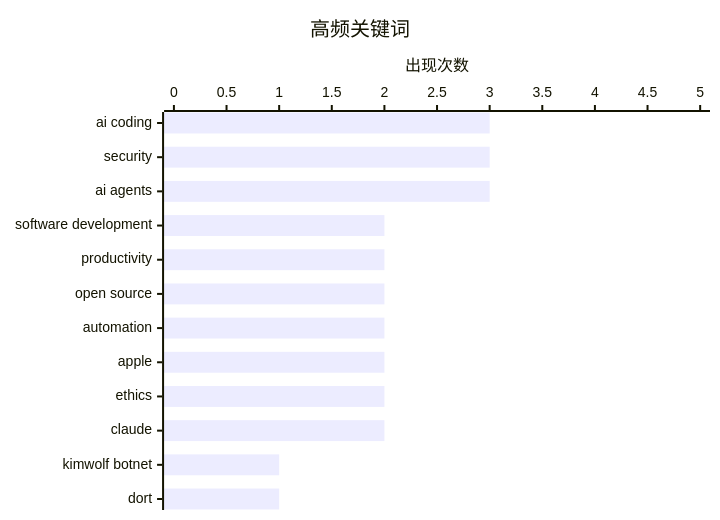
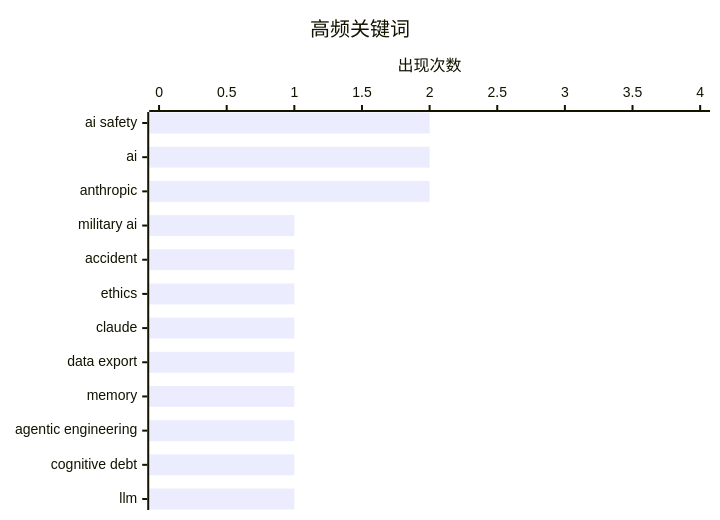
One commit to vacat/vacat.github.io changed the second of 2 diagrams in content/blog/daily-digest-2026-03-02.zh.md. Above: the diagram before and after it, drawn with Mermaid. The commit also changed other lines of this file, not shown here.

````diff
--- a/content/blog/daily-digest-2026-03-02.zh.md
+++ b/content/blog/daily-digest-2026-03-02.zh.md
@@ -74,7 +72,7 @@
 ```mermaid
 xychart-beta horizontal
     title "高频关键词"
-    x-axis ["ai coding", "security", "ai agents", "software development", "productivity", "open source", "automation", "apple", "ethics", "claude", "kimwolf botnet", "dort"]
-    y-axis "出现次数" 0 --> 5
-    bar [3, 3, 3, 2, 2, 2, 2, 2, 2, 2, 1, 1]
+    x-axis ["ai safety", "ai", "anthropic", "military ai", "accident", "ethics", "claude", "data export", "memory", "agentic engineering", "cognitive debt", "llm"]
+    y-axis "出现次数" 0 --> 4
+    bar [2, 2, 2, 1, 1, 1, 1, 1, 1, 1, 1, 1]
 ```
````
